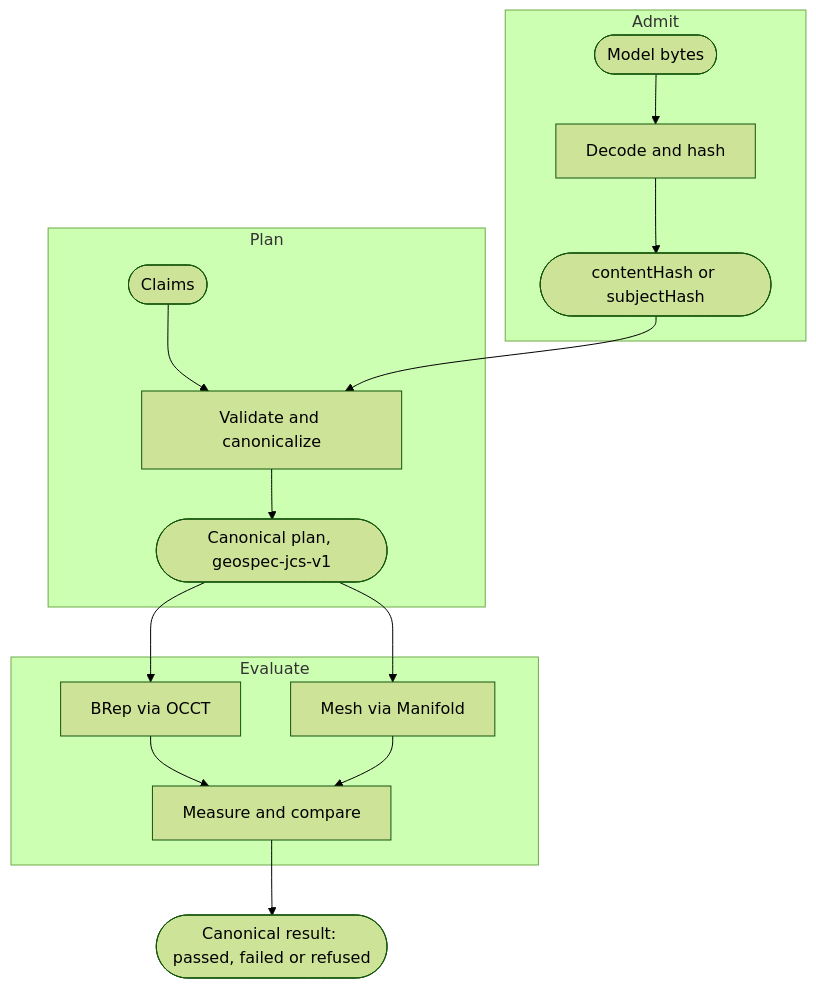
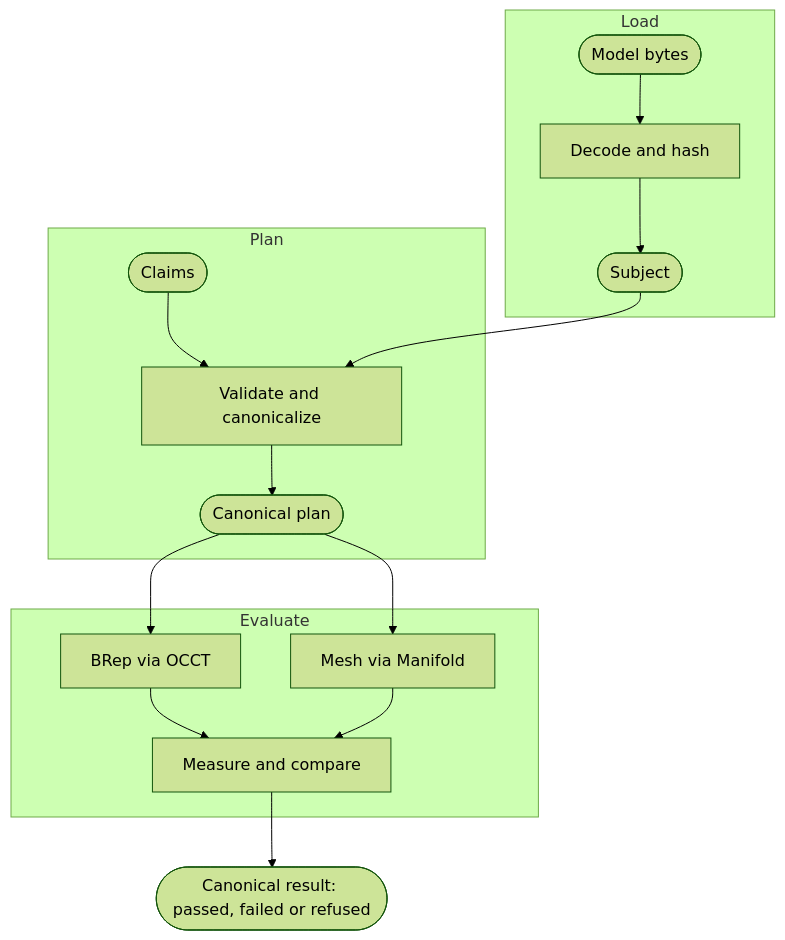
The first of 2 diagrams in docs-site/content/docs/how-it-works.mdx (taucad/geospec), drawn with Mermaid (forest theme) before and after one commit. The commit also changed other lines of this file and 62 other files, not shown here.

````diff
--- a/docs-site/content/docs/how-it-works.mdx
+++ b/docs-site/content/docs/how-it-works.mdx
@@ -12,19 +12,19 @@
 ```mermaid
 flowchart TD
-  subgraph Admit[Admit]
+  subgraph Load[Load]
     A([Model bytes]) --> B[Decode and hash]
-    B --> C([contentHash or subjectHash])
+    B --> C([Subject])
   end
   subgraph Plan[Plan]
     D([Claims]) --> E[Validate and canonicalize]
-    E --> F([Canonical plan, geospec-jcs-v1])
+    E --> F([Canonical plan])
   end
   subgraph Evaluate[Evaluate]
     G[BRep via OCCT] --> I[Measure and compare]
     H[Mesh via Manifold] --> I
   end
   C --> E
   F --> G
   F --> H
   I --> J([Canonical result: passed, failed or refused])
 ```
````
